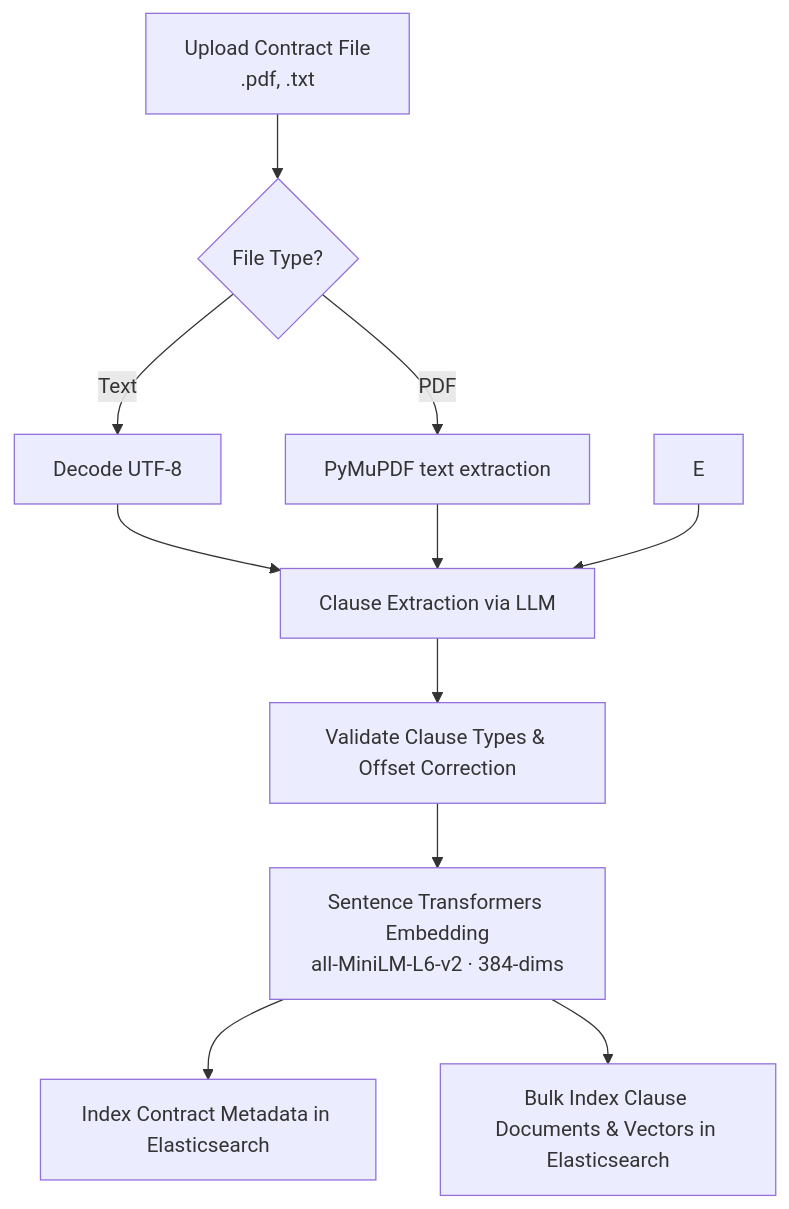
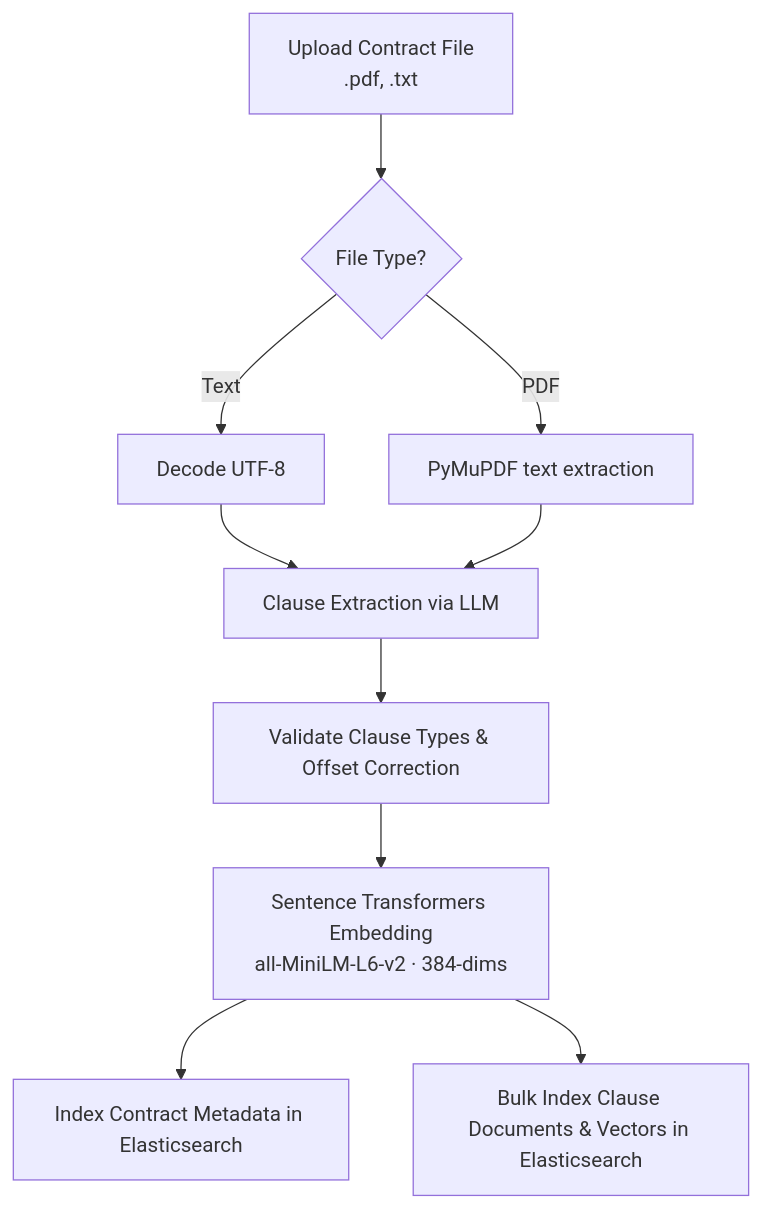
The second of 4 diagrams in README.md (Liorohan10/ClauseGuard-main), drawn with Mermaid before and after one commit.

````diff
--- a/README.md
+++ b/README.md
@@ -71,13 +71,12 @@
 ```mermaid
 flowchart TD
     A[Upload Contract File<br/>.pdf, .txt] --> B{File Type?}
     B -- "Text" --> C[Decode UTF-8]
     B -- "PDF" --> D[PyMuPDF text extraction]
     C --> F[Clause Extraction via LLM]
     D --> F
-    E --> F
     F --> G[Validate Clause Types & Offset Correction]
     G --> H[Sentence Transformers Embedding<br/>all-MiniLM-L6-v2 · 384-dims]
     H --> I[Index Contract Metadata in Elasticsearch]
     H --> J[Bulk Index Clause Documents & Vectors in Elasticsearch]
 ```
````
